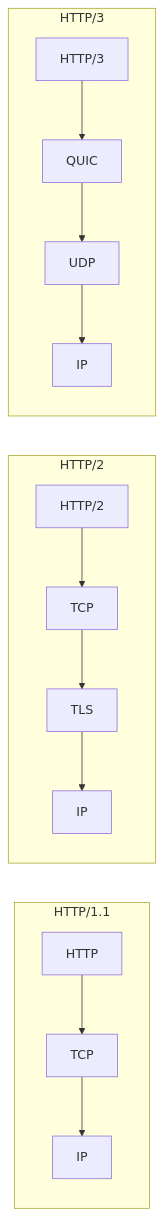
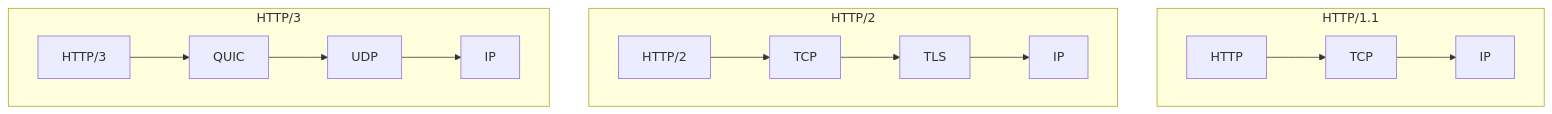
Before and after one commit to hareramcse/SystemDesign: the eighth of 17 diagrams in 01-networking/README.md, drawn with Mermaid. The commit also changed other lines of this file, not shown here.

````diff
--- a/01-networking/README.md
+++ b/01-networking/README.md
@@ -3285,12 +3187,15 @@
 ```mermaid
-flowchart LR
-    subgraph H1["HTTP/1.1"]
-        A1[HTTP] --> T1[TCP] --> I1[IP]
+flowchart TB
+    subgraph h1["HTTP/1.1"]
+        direction LR
+        a1[HTTP] --> b1[TCP] --> c1[IP]
     end
-    subgraph H2["HTTP/2"]
-        A2[HTTP/2] --> T2[TCP] --> TLS2[TLS] --> I2[IP]
+    subgraph h2["HTTP/2"]
+        direction LR
+        a2[HTTP/2] --> b2[TCP] --> c2[TLS] --> d2[IP]
     end
-    subgraph H3["HTTP/3"]
-        A3[HTTP/3] --> Q[QUIC] --> U[UDP] --> I3[IP]
+    subgraph h3["HTTP/3"]
+        direction LR
+        a3[HTTP/3] --> b3[QUIC] --> c3[UDP] --> d3[IP]
     end
 ```
````
